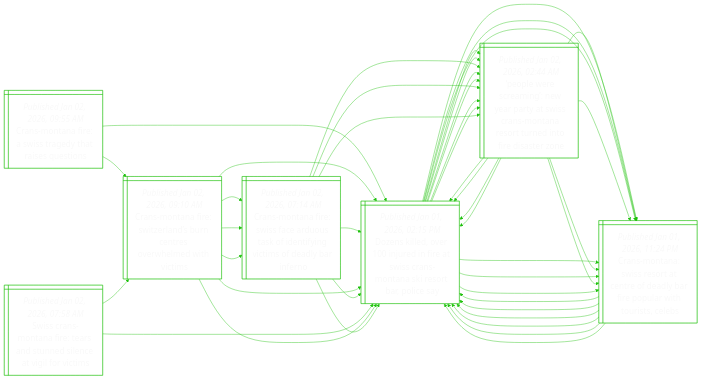
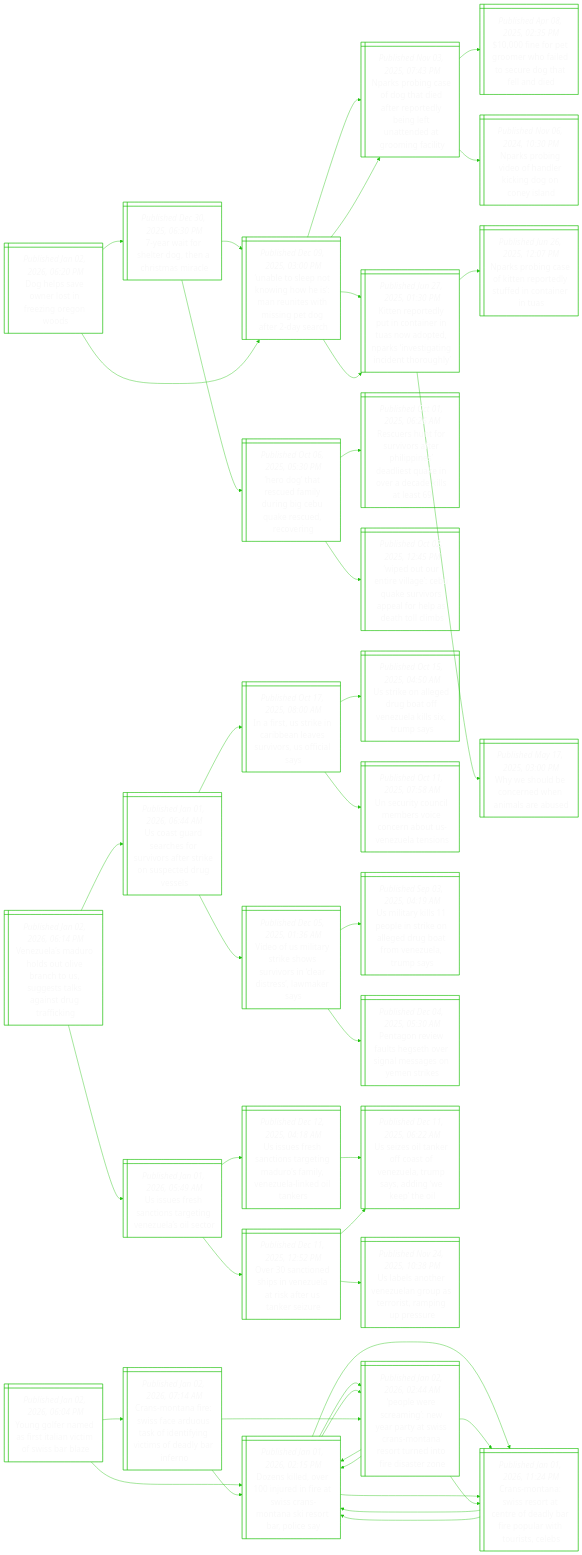
One commit to notJmes/notJmes changed the diagram in README.md. Above: the diagram before and after it, drawn with Mermaid. The commit also changed other lines of this file, not shown here.

````diff
--- a/README.md
+++ b/README.md
@@ -16,54 +16,97 @@
 flowchart LR
 classDef txtsize font-size:20px;
 
-CMnesghiuo@{ shape: win-pane, label: "_Published Jan 02, 2026, 09:55 AM_
-Crans-montana fire: a swiss tragedy that raises questions" }
-Dserrftssairpe@{ shape: win-pane, label: "_Published Jan 01, 2026, 02:15 PM_
-Dozens killed, over 100 injured in fire at swiss crans-montana ski resort bar, police say" }
-CMnsoceaaeltrcs@{ shape: win-pane, label: "_Published Jan 01, 2026, 11:24 PM_
-Crans-montana: swiss resort at centre of deadly bar fire popular with tourists, celebs" }
-Dserrftssairpe@{ shape: win-pane, label: "_Published Jan 01, 2026, 02:15 PM_
-Dozens killed, over 100 injured in fire at swiss crans-montana ski resort bar, police say" }
-Dserrftssairpe@{ shape: win-pane, label: "_Published Jan 01, 2026, 02:15 PM_
-Dozens killed, over 100 injured in fire at swiss crans-montana ski resort bar, police say" }
-Pesmeryianrteodtn@{ shape: win-pane, label: "_Published Jan 02, 2026, 02:44 AM_
-‘people were screaming’: new year party at swiss crans-montana resort turned into fire disaster zone" }
-Dserrftssairpe@{ shape: win-pane, label: "_Published Jan 01, 2026, 02:15 PM_
-Dozens killed, over 100 injured in fire at swiss crans-montana ski resort bar, police say" }
-CMnsoceaaeltrcs@{ shape: win-pane, label: "_Published Jan 01, 2026, 11:24 PM_
-Crans-montana: swiss resort at centre of deadly bar fire popular with tourists, celebs" }
-CMneznrtvewis@{ shape: win-pane, label: "_Published Jan 02, 2026, 09:10 AM_
-Crans-montana fire: switzerland’s burn centres overwhelmed with victims" }
-Dserrftssairpe@{ shape: win-pane, label: "_Published Jan 01, 2026, 02:15 PM_
-Dozens killed, over 100 injured in fire at swiss crans-montana ski resort bar, police say" }
-CMnsoceaaeltrcs@{ shape: win-pane, label: "_Published Jan 01, 2026, 11:24 PM_
-Crans-montana: swiss resort at centre of deadly bar fire popular with tourists, celebs" }
-Pesmeryianrteodtn@{ shape: win-pane, label: "_Published Jan 02, 2026, 02:44 AM_
-‘people were screaming’: new year party at swiss crans-montana resort turned into fire disaster zone" }
-CMnesaukeyisaae@{ shape: win-pane, label: "_Published Jan 02, 2026, 07:14 AM_
-Crans-montana fire: swiss face arduous task of identifying victims of deadly bar inferno" }
-Dserrftssairpe@{ shape: win-pane, label: "_Published Jan 01, 2026, 02:15 PM_
-Dozens killed, over 100 injured in fire at swiss crans-montana ski resort bar, police say" }
-Pesmeryianrteodtn@{ shape: win-pane, label: "_Published Jan 02, 2026, 02:44 AM_
-‘people were screaming’: new year party at swiss crans-montana resort turned into fire disaster zone" }
+Dlvetegod@{ shape: win-pane, label: "_Published Jan 02, 2026, 06:20 PM_
+Dog helps save owner lost in freezing oregon woods" }
+yartgasml@{ shape: win-pane, label: "_Published Dec 30, 2025, 06:30 PM_
+7-year wait for shelter dog, then a christmas miracle" }
+UeetiwMusmndtyc@{ shape: win-pane, label: "_Published Dec 09, 2025, 03:00 PM_
+‘unable to sleep not knowing how he is’: man reunites with missing pet dog after 2-day search" }
+Nsisotartblnntmat@{ shape: win-pane, label: "_Published Nov 03, 2025, 07:43 PM_
+Nparks probing case of dog that died after reportedly being left unattended at grooming facility" }
+Knrynaisddkeaieoh@{ shape: win-pane, label: "_Published Jun 27, 2025, 01:30 PM_
+Kitten reportedly put in container in tuas now adopted, nparks ‘investigating incident thoroughly’" }
+Hotumubbkcer@{ shape: win-pane, label: "_Published Oct 06, 2025, 05:30 PM_
+‘hero dog’ that rescued family during big cebu quake rescued, recovering" }
+Rensvfhpdiunadle@{ shape: win-pane, label: "_Published Oct 01, 2025, 06:26 AM_
+Rescuers hunt for survivors after philippines’ deadliest quake in over a decade kills at least 69" }
+Worrlearreratlb@{ shape: win-pane, label: "_Published Oct 02, 2025, 12:45 PM_
+‘wiped out our entire village’: cebu quake survivors appeal for help as death toll climbs" }
+UeetiwMusmndtyc@{ shape: win-pane, label: "_Published Dec 09, 2025, 03:00 PM_
+‘unable to sleep not knowing how he is’: man reunites with missing pet dog after 2-day search" }
+Nsisotartblnntmat@{ shape: win-pane, label: "_Published Nov 03, 2025, 07:43 PM_
+Nparks probing case of dog that died after reportedly being left unattended at grooming facility" }
+fogefdcotae@{ shape: win-pane, label: "_Published Apr 08, 2025, 02:35 PM_
+$10,000 fine for pet groomer who failed to secure dog that fell and died" }
+Nsidhekoos@{ shape: win-pane, label: "_Published Nov 06, 2024, 10:30 PM_
+Nparks probing video of handler kicking dog on coney island" }
+Knrynaisddkeaieoh@{ shape: win-pane, label: "_Published Jun 27, 2025, 01:30 PM_
+Kitten reportedly put in container in tuas now adopted, nparks ‘investigating incident thoroughly’" }
+NsisirtseonT@{ shape: win-pane, label: "_Published Jun 26, 2025, 12:07 PM_
+Nparks probing case of kitten reportedly stuffed in container in tuas" }
+Wsdnenaee@{ shape: win-pane, label: "_Published May 17, 2025, 03:00 PM_
+Why we should be concerned when animals are abused" }
 
-CMnesghiuo:::txtsize --> Dserrftssairpe:::txtsize
-Dserrftssairpe:::txtsize --> CMnsoceaaeltrcs:::txtsize
-CMnsoceaaeltrcs:::txtsize --> Dserrftssairpe:::txtsize
-CMnsoceaaeltrcs:::txtsize --> Dserrftssairpe:::txtsize
-Dserrftssairpe:::txtsize --> Pesmeryianrteodtn:::txtsize
-Pesmeryianrteodtn:::txtsize --> Dserrftssairpe:::txtsize
-Pesmeryianrteodtn:::txtsize --> CMnsoceaaeltrcs:::txtsize
-CMnesghiuo:::txtsize --> CMneznrtvewis:::txtsize
-CMneznrtvewis:::txtsize --> Dserrftssairpe:::txtsize
-Dserrftssairpe:::txtsize --> CMnsoceaaeltrcs:::txtsize
-Dserrftssairpe:::txtsize --> Pesmeryianrteodtn:::txtsize
-CMneznrtvewis:::txtsize --> CMnesaukeyisaae:::txtsize
-CMnesaukeyisaae:::txtsize --> Dserrftssairpe:::txtsize
-CMnesaukeyisaae:::txtsize --> Pesmeryianrteodtn:::txtsize
+Dlvetegod:::txtsize --> yartgasml:::txtsize
+yartgasml:::txtsize --> UeetiwMusmndtyc:::txtsize
+UeetiwMusmndtyc:::txtsize --> Nsisotartblnntmat:::txtsize
+UeetiwMusmndtyc:::txtsize --> Knrynaisddkeaieoh:::txtsize
+yartgasml:::txtsize --> Hotumubbkcer:::txtsize
+Hotumubbkcer:::txtsize --> Rensvfhpdiunadle:::txtsize
+Hotumubbkcer:::txtsize --> Worrlearreratlb:::txtsize
+Dlvetegod:::txtsize --> UeetiwMusmndtyc:::txtsize
+UeetiwMusmndtyc:::txtsize --> Nsisotartblnntmat:::txtsize
+Nsisotartblnntmat:::txtsize --> fogefdcotae:::txtsize
+Nsisotartblnntmat:::txtsize --> Nsidhekoos:::txtsize
+UeetiwMusmndtyc:::txtsize --> Knrynaisddkeaieoh:::txtsize
+Knrynaisddkeaieoh:::txtsize --> NsisirtseonT:::txtsize
+Knrynaisddkeaieoh:::txtsize --> Wsdnenaee:::txtsize
 
-CMneznrtvewis@{ shape: win-pane, label: "_Published Jan 02, 2026, 09:10 AM_
-Crans-montana fire: switzerland’s burn centres overwhelmed with victims" }
+VuMoslrtutkirak@{ shape: win-pane, label: "_Published Jan 02, 2026, 06:14 PM_
+Venezuela’s maduro holds out olive branch to us, suggests talks against drug trafficking" }
+Usrrfrreiscrs@{ shape: win-pane, label: "_Published Jan 01, 2026, 06:44 AM_
+Us coast guard searches for survivors after strike on suspected drug vessels" }
+Irseravrrfas@{ shape: win-pane, label: "_Published Oct 17, 2025, 08:00 AM_
+In a first, us strike in caribbean leaves survivors, us official says" }
+UiaegonllTs@{ shape: win-pane, label: "_Published Oct 15, 2025, 04:50 AM_
+Us strike on alleged drug boat off venezuela kills six, trump says" }
+UuCiboontnls@{ shape: win-pane, label: "_Published Oct 11, 2025, 07:58 AM_
+Un security council members voice concern about us-venezuela tensions" }
+Voiriorrlisms@{ shape: win-pane, label: "_Published Dec 05, 2025, 01:36 AM_
+Video of us military strike shows survivors in ‘clear distress’, lawmaker says" }
+UikperngutVura@{ shape: win-pane, label: "_Published Sep 03, 2025, 04:19 AM_
+Us military kills 11 people in strike on alleged drug boat from venezuela, trump says" }
+PgvaHtrasoei@{ shape: win-pane, label: "_Published Dec 04, 2025, 05:30 AM_
+Pentagon review faults hegseth over signal messages on yemen strikes" }
+Uuennggzse@{ shape: win-pane, label: "_Published Jan 01, 2026, 05:49 AM_
+Us issues fresh sanctions targeting venezuela’s oil sector" }
+Uuennggrmeenik@{ shape: win-pane, label: "_Published Dec 12, 2025, 04:18 AM_
+Us issues fresh sanctions targeting maduro’s family, venezuela-linked oil tankers" }
+Uzlecoeapageo@{ shape: win-pane, label: "_Published Dec 11, 2025, 06:22 AM_
+Us seizes oil tanker off coast of venezuela, trump says, adding ‘we keep’ the oil" }
+Oaohnzakrnee@{ shape: win-pane, label: "_Published Dec 11, 2025, 12:52 PM_
+Over 30 sanctioned ships in venezuela at risk after us tanker seizure" }
+Uzlecoeapageo@{ shape: win-pane, label: "_Published Dec 11, 2025, 06:22 AM_
+Us seizes oil tanker off coast of venezuela, trump says, adding ‘we keep’ the oil" }
+UeoVugartipu@{ shape: win-pane, label: "_Published Nov 24, 2025, 10:38 PM_
+Us labels another venezuelan group as terrorist, ramping up pressure" }
+
+VuMoslrtutkirak:::txtsize --> Usrrfrreiscrs:::txtsize
+Usrrfrreiscrs:::txtsize --> Irseravrrfas:::txtsize
+Irseravrrfas:::txtsize --> UiaegonllTs:::txtsize
+Irseravrrfas:::txtsize --> UuCiboontnls:::txtsize
+Usrrfrreiscrs:::txtsize --> Voiriorrlisms:::txtsize
+Voiriorrlisms:::txtsize --> UikperngutVura:::txtsize
+Voiriorrlisms:::txtsize --> PgvaHtrasoei:::txtsize
+VuMoslrtutkirak:::txtsize --> Uuennggzse:::txtsize
+Uuennggzse:::txtsize --> Uuennggrmeenik:::txtsize
+Uuennggrmeenik:::txtsize --> Uzlecoeapageo:::txtsize
+Uuennggzse:::txtsize --> Oaohnzakrnee:::txtsize
+Oaohnzakrnee:::txtsize --> Uzlecoeapageo:::txtsize
+Oaohnzakrnee:::txtsize --> UeoVugartipu:::txtsize
+
+Ygrdravmire@{ shape: win-pane, label: "_Published Jan 02, 2026, 06:04 PM_
+Young golfer named as first italian victim of swiss bar blaze" }
 Dserrftssairpe@{ shape: win-pane, label: "_Published Jan 01, 2026, 02:15 PM_
 Dozens killed, over 100 injured in fire at swiss crans-montana ski resort bar, police say" }
 CMnsoceaaeltrcs@{ shape: win-pane, label: "_Published Jan 01, 2026, 11:24 PM_
@@ -93,14 +136,14 @@
 CMnsoceaaeltrcs@{ shape: win-pane, label: "_Published Jan 01, 2026, 11:24 PM_
 Crans-montana: swiss resort at centre of deadly bar fire popular with tourists, celebs" }
 
-CMneznrtvewis:::txtsize --> Dserrftssairpe:::txtsize
+Ygrdravmire:::txtsize --> Dserrftssairpe:::txtsize
 Dserrftssairpe:::txtsize --> CMnsoceaaeltrcs:::txtsize
 CMnsoceaaeltrcs:::txtsize --> Dserrftssairpe:::txtsize
 CMnsoceaaeltrcs:::txtsize --> Dserrftssairpe:::txtsize
 Dserrftssairpe:::txtsize --> Pesmeryianrteodtn:::txtsize
 Pesmeryianrteodtn:::txtsize --> Dserrftssairpe:::txtsize
 Pesmeryianrteodtn:::txtsize --> CMnsoceaaeltrcs:::txtsize
-CMneznrtvewis:::txtsize --> CMnesaukeyisaae:::txtsize
+Ygrdravmire:::txtsize --> CMnesaukeyisaae:::txtsize
 CMnesaukeyisaae:::txtsize --> Dserrftssairpe:::txtsize
 Dserrftssairpe:::txtsize --> CMnsoceaaeltrcs:::txtsize
 Dserrftssairpe:::txtsize --> Pesmeryianrteodtn:::txtsize
@@ -108,50 +151,4 @@
 Pesmeryianrteodtn:::txtsize --> Dserrftssairpe:::txtsize
 Pesmeryianrteodtn:::txtsize --> CMnsoceaaeltrcs:::txtsize
 
-SCMnestdnvfc@{ shape: win-pane, label: "_Published Jan 02, 2026, 07:58 AM_
-Swiss crans-montana fire: tears and stunned silence at vigil for victims" }
-Dserrftssairpe@{ shape: win-pane, label: "_Published Jan 01, 2026, 02:15 PM_
-Dozens killed, over 100 injured in fire at swiss crans-montana ski resort bar, police say" }
-CMnsoceaaeltrcs@{ shape: win-pane, label: "_Published Jan 01, 2026, 11:24 PM_
-Crans-montana: swiss resort at centre of deadly bar fire popular with tourists, celebs" }
-Dserrftssairpe@{ shape: win-pane, label: "_Published Jan 01, 2026, 02:15 PM_
-Dozens killed, over 100 injured in fire at swiss crans-montana ski resort bar, police say" }
-Dserrftssairpe@{ shape: win-pane, label: "_Published Jan 01, 2026, 02:15 PM_
-Dozens killed, over 100 injured in fire at swiss crans-montana ski resort bar, police say" }
-Pesmeryianrteodtn@{ shape: win-pane, label: "_Published Jan 02, 2026, 02:44 AM_
-‘people were screaming’: new year party at swiss crans-montana resort turned into fire disaster zone" }
-Dserrftssairpe@{ shape: win-pane, label: "_Published Jan 01, 2026, 02:15 PM_
-Dozens killed, over 100 injured in fire at swiss crans-montana ski resort bar, police say" }
-CMnsoceaaeltrcs@{ shape: win-pane, label: "_Published Jan 01, 2026, 11:24 PM_
-Crans-montana: swiss resort at centre of deadly bar fire popular with tourists, celebs" }
-CMneznrtvewis@{ shape: win-pane, label: "_Published Jan 02, 2026, 09:10 AM_
-Crans-montana fire: switzerland’s burn centres overwhelmed with victims" }
-Dserrftssairpe@{ shape: win-pane, label: "_Published Jan 01, 2026, 02:15 PM_
-Dozens killed, over 100 injured in fire at swiss crans-montana ski resort bar, police say" }
-CMnsoceaaeltrcs@{ shape: win-pane, label: "_Published Jan 01, 2026, 11:24 PM_
-Crans-montana: swiss resort at centre of deadly bar fire popular with tourists, celebs" }
-Pesmeryianrteodtn@{ shape: win-pane, label: "_Published Jan 02, 2026, 02:44 AM_
-‘people were screaming’: new year party at swiss crans-montana resort turned into fire disaster zone" }
-CMnesaukeyisaae@{ shape: win-pane, label: "_Published Jan 02, 2026, 07:14 AM_
-Crans-montana fire: swiss face arduous task of identifying victims of deadly bar inferno" }
-Dserrftssairpe@{ shape: win-pane, label: "_Published Jan 01, 2026, 02:15 PM_
-Dozens killed, over 100 injured in fire at swiss crans-montana ski resort bar, police say" }
-Pesmeryianrteodtn@{ shape: win-pane, label: "_Published Jan 02, 2026, 02:44 AM_
-‘people were screaming’: new year party at swiss crans-montana resort turned into fire disaster zone" }
-
-SCMnestdnvfc:::txtsize --> Dserrftssairpe:::txtsize
-Dserrftssairpe:::txtsize --> CMnsoceaaeltrcs:::txtsize
-CMnsoceaaeltrcs:::txtsize --> Dserrftssairpe:::txtsize
-CMnsoceaaeltrcs:::txtsize --> Dserrftssairpe:::txtsize
-Dserrftssairpe:::txtsize --> Pesmeryianrteodtn:::txtsize
-Pesmeryianrteodtn:::txtsize --> Dserrftssairpe:::txtsize
-Pesmeryianrteodtn:::txtsize --> CMnsoceaaeltrcs:::txtsize
-SCMnestdnvfc:::txtsize --> CMneznrtvewis:::txtsize
-CMneznrtvewis:::txtsize --> Dserrftssairpe:::txtsize
-Dserrftssairpe:::txtsize --> CMnsoceaaeltrcs:::txtsize
-Dserrftssairpe:::txtsize --> Pesmeryianrteodtn:::txtsize
-CMneznrtvewis:::txtsize --> CMnesaukeyisaae:::txtsize
-CMnesaukeyisaae:::txtsize --> Dserrftssairpe:::txtsize
-CMnesaukeyisaae:::txtsize --> Pesmeryianrteodtn:::txtsize
-
 ```
````
